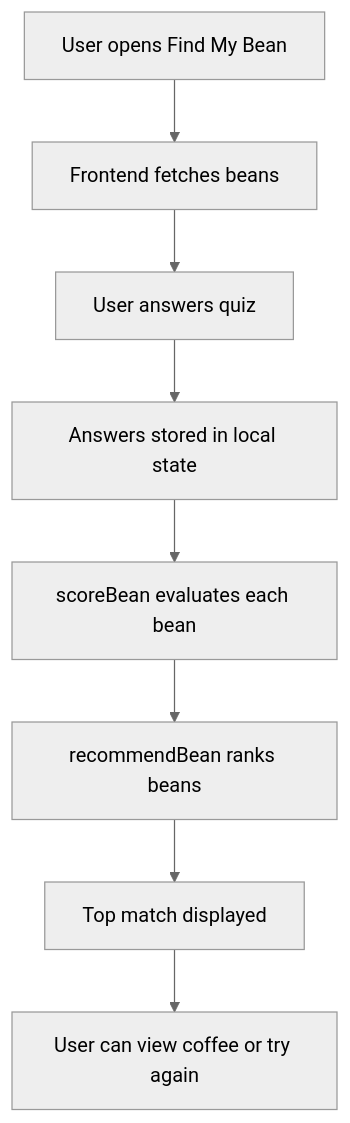
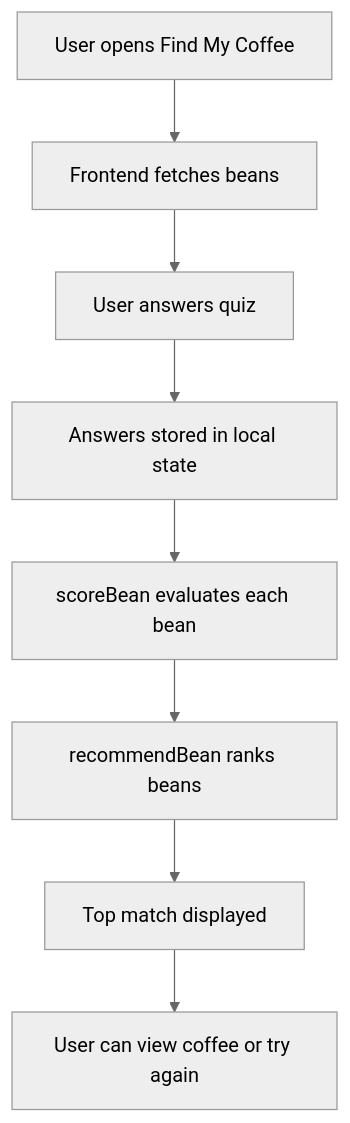
One commit to edwardheww/BrewStack changed the third of 3 diagrams in README.md. Above: the diagram before and after it, drawn with Mermaid (neutral theme). The commit also changed other lines of this file, not shown here.

Commit message:
Rename 'Find My Bean' to 'Find My Coffee'

````diff
--- a/README.md
+++ b/README.md
@@ -885,10 +885,10 @@
 ```mermaid
 flowchart TD
-    A["User opens Find My Bean"] --> B["Frontend fetches beans"]
+    A["User opens Find My Coffee"] --> B["Frontend fetches beans"]
     B --> C["User answers quiz"]
     C --> D["Answers stored in local state"]
     D --> E["scoreBean evaluates each bean"]
     E --> F["recommendBean ranks beans"]
     F --> G["Top match displayed"]
     G --> H["User can view coffee or try again"]
 ```
````
